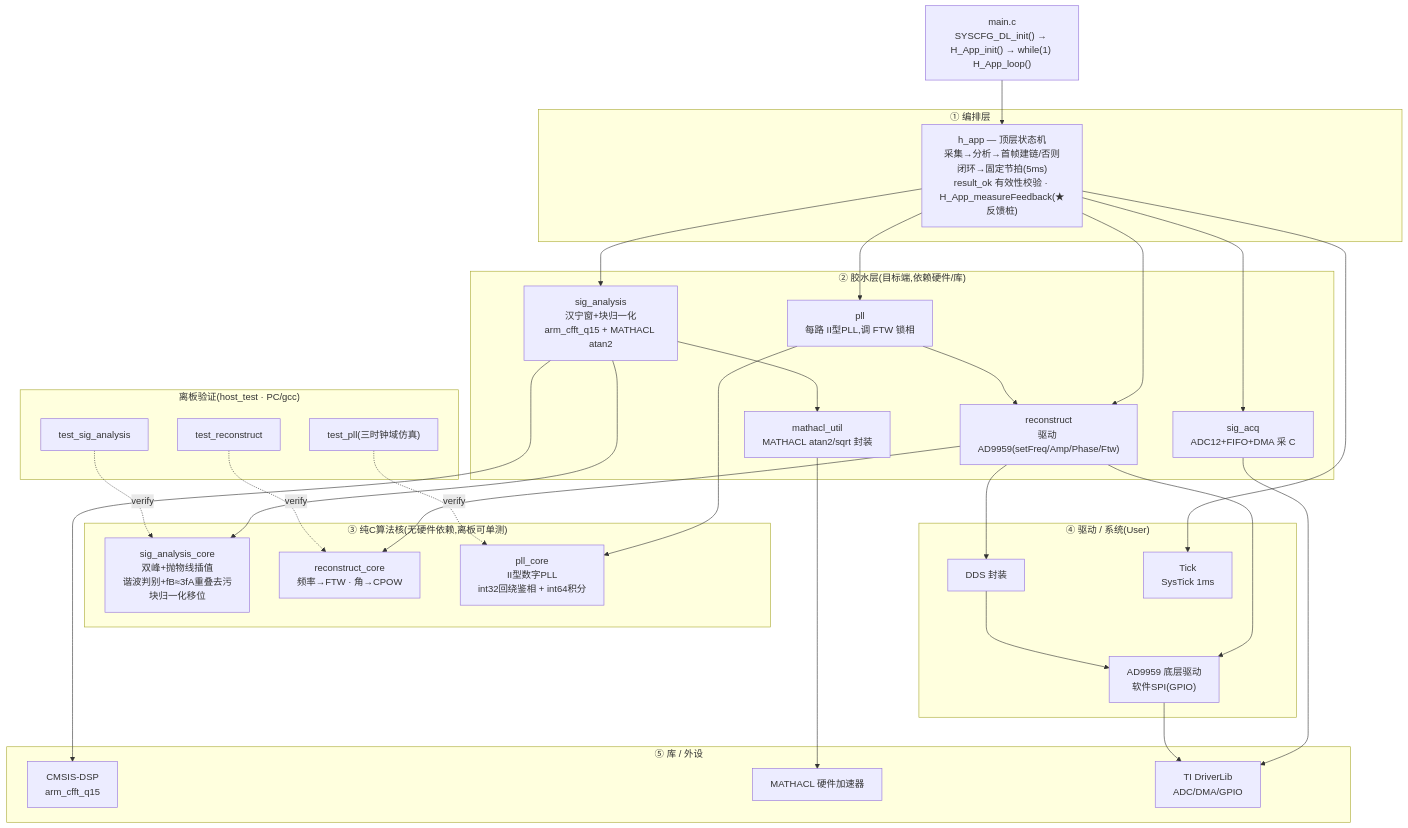
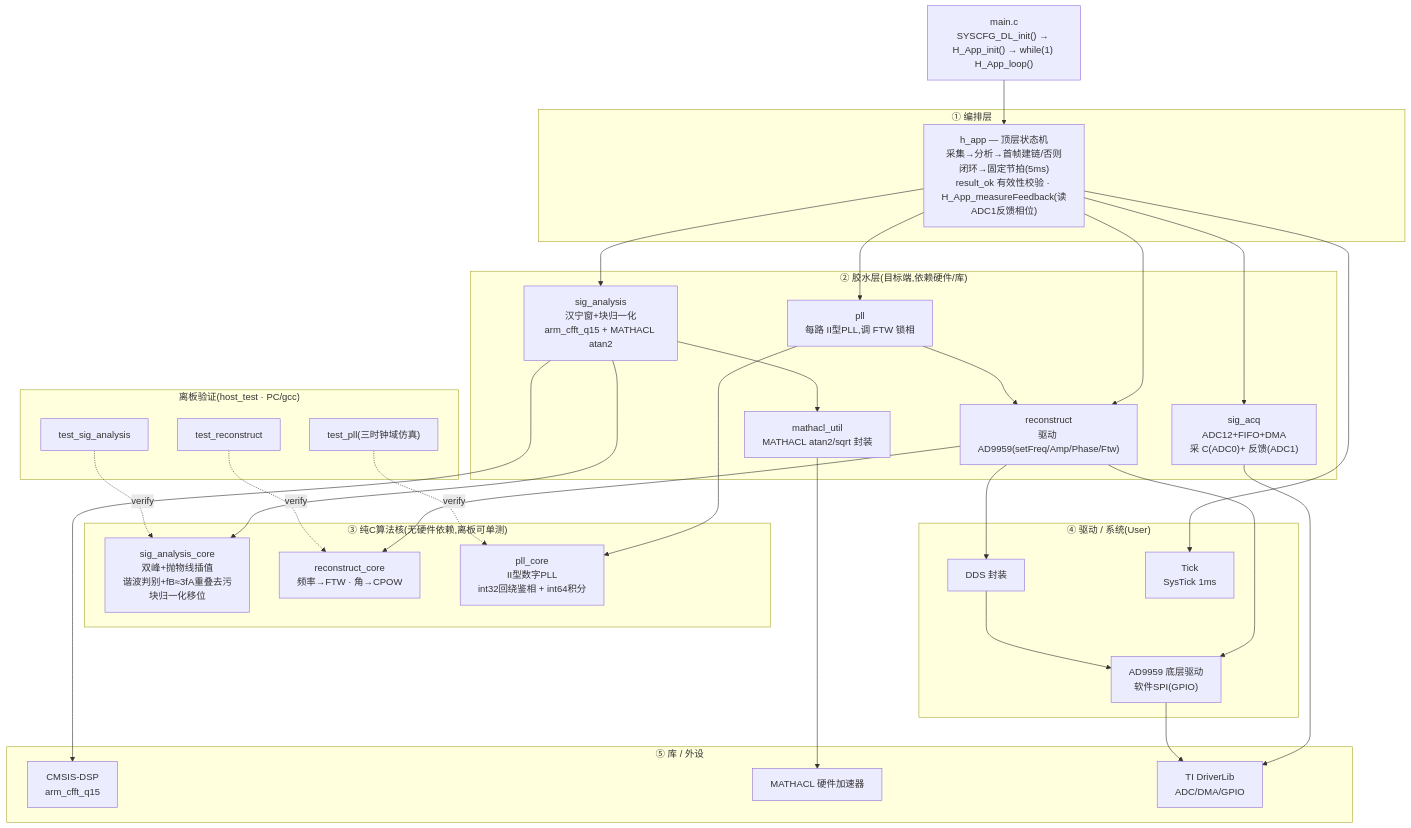
Before and after one commit to liusuan110/2026-Ti: the second of 2 diagrams in 2023-H题-信号分离-番茄派工程/系统框图.md, drawn with Mermaid. The commit also changed other lines of this file and 5 other files, not shown here.

````diff
--- a/2023-H题-信号分离-番茄派工程/系统框图.md
+++ b/2023-H题-信号分离-番茄派工程/系统框图.md
@@ -73,64 +73,64 @@
 ```mermaid
 flowchart TD
   MAIN["main.c<br/>SYSCFG_DL_init() → H_App_init() → while(1) H_App_loop()"]
 
   subgraph ORCH["① 编排层"]
-    HAPP["h_app — 顶层状态机<br/>采集→分析→首帧建链/否则闭环→固定节拍(5ms)<br/>result_ok 有效性校验 · H_App_measureFeedback(★反馈桩)"]
+    HAPP["h_app — 顶层状态机<br/>采集→分析→首帧建链/否则闭环→固定节拍(5ms)<br/>result_ok 有效性校验 · H_App_measureFeedback(读ADC1反馈相位)"]
   end
 
   subgraph GLUE["② 胶水层(目标端,依赖硬件/库)"]
-    ACQ["sig_acq<br/>ADC12+FIFO+DMA 采 C"]
+    ACQ["sig_acq<br/>ADC12+FIFO+DMA<br/>采 C(ADC0)+ 反馈(ADC1)"]
     ANA["sig_analysis<br/>汉宁窗+块归一化<br/>arm_cfft_q15 + MATHACL atan2"]
     REC["reconstruct<br/>驱动 AD9959(setFreq/Amp/Phase/Ftw)"]
     PLL["pll<br/>每路 II型PLL,调 FTW 锁相"]
     MATH["mathacl_util<br/>MATHACL atan2/sqrt 封装"]
   end
 
   subgraph CORE["③ 纯C算法核(无硬件依赖,离板可单测)"]
     SAC["sig_analysis_core<br/>双峰+抛物线插值<br/>谐波判别+fB≈3fA重叠去污<br/>块归一化移位"]
     RCC["reconstruct_core<br/>频率→FTW · 角→CPOW"]
     PLC["pll_core<br/>II型数字PLL<br/>int32回绕鉴相 + int64积分"]
   end
 
   subgraph DRV["④ 驱动 / 系统(User)"]
     DDSM["DDS 封装"]
     AD["AD9959 底层驱动<br/>软件SPI(GPIO)"]
     TICK["Tick<br/>SysTick 1ms"]
   end
 
   subgraph LIBS["⑤ 库 / 外设"]
     CMSIS["CMSIS-DSP<br/>arm_cfft_q15"]
     MACL["MATHACL 硬件加速器"]
     DLIB["TI DriverLib<br/>ADC/DMA/GPIO"]
   end
 
   subgraph TST["离板验证(host_test · PC/gcc)"]
     TANA["test_sig_analysis"]
     TREC["test_reconstruct"]
     TPLL["test_pll(三时钟域仿真)"]
   end
 
   MAIN --> HAPP
   HAPP --> ACQ
   HAPP --> ANA
   HAPP --> REC
   HAPP --> PLL
   HAPP --> TICK
 
   ANA --> SAC
   ANA --> MATH
   ANA --> CMSIS
   REC --> RCC
   REC --> DDSM
   REC --> AD
   PLL --> PLC
   PLL --> REC
   DDSM --> AD
   MATH --> MACL
   ACQ --> DLIB
   AD --> DLIB
 
   TANA -.->|"verify"| SAC
   TREC -.->|"verify"| RCC
   TPLL -.->|"verify"| PLC
 ```
````
